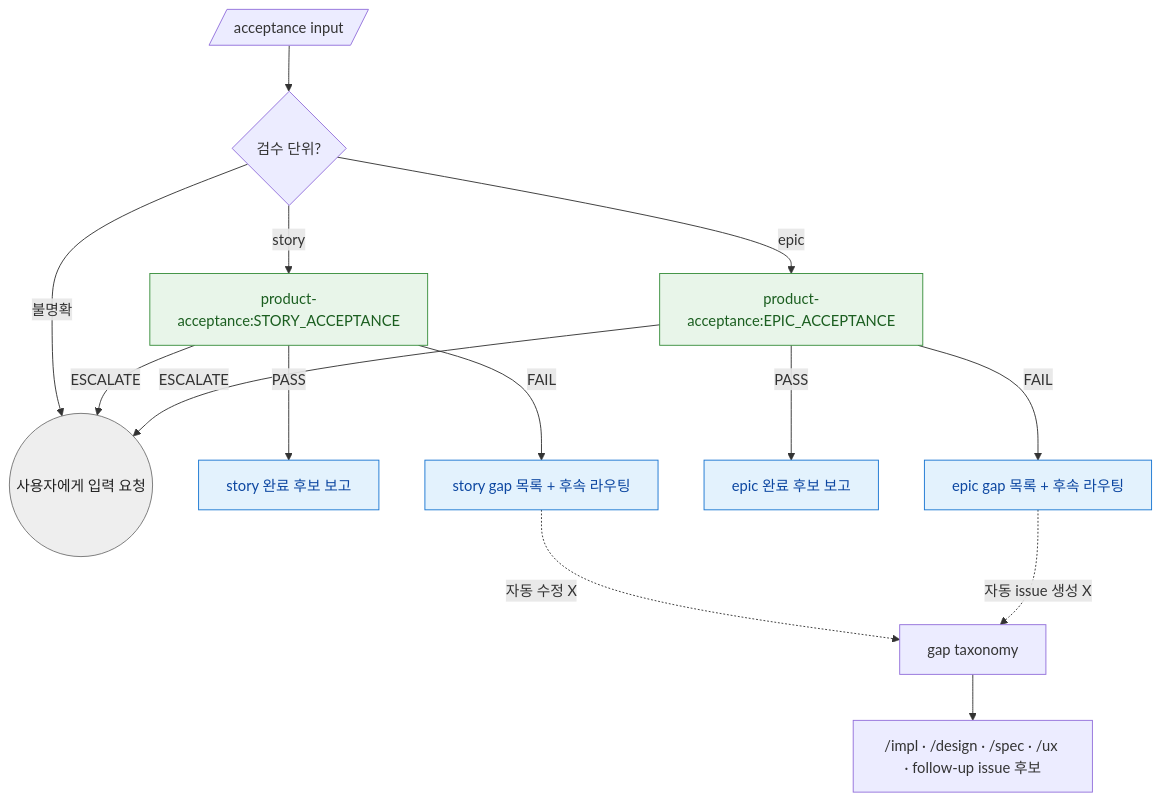
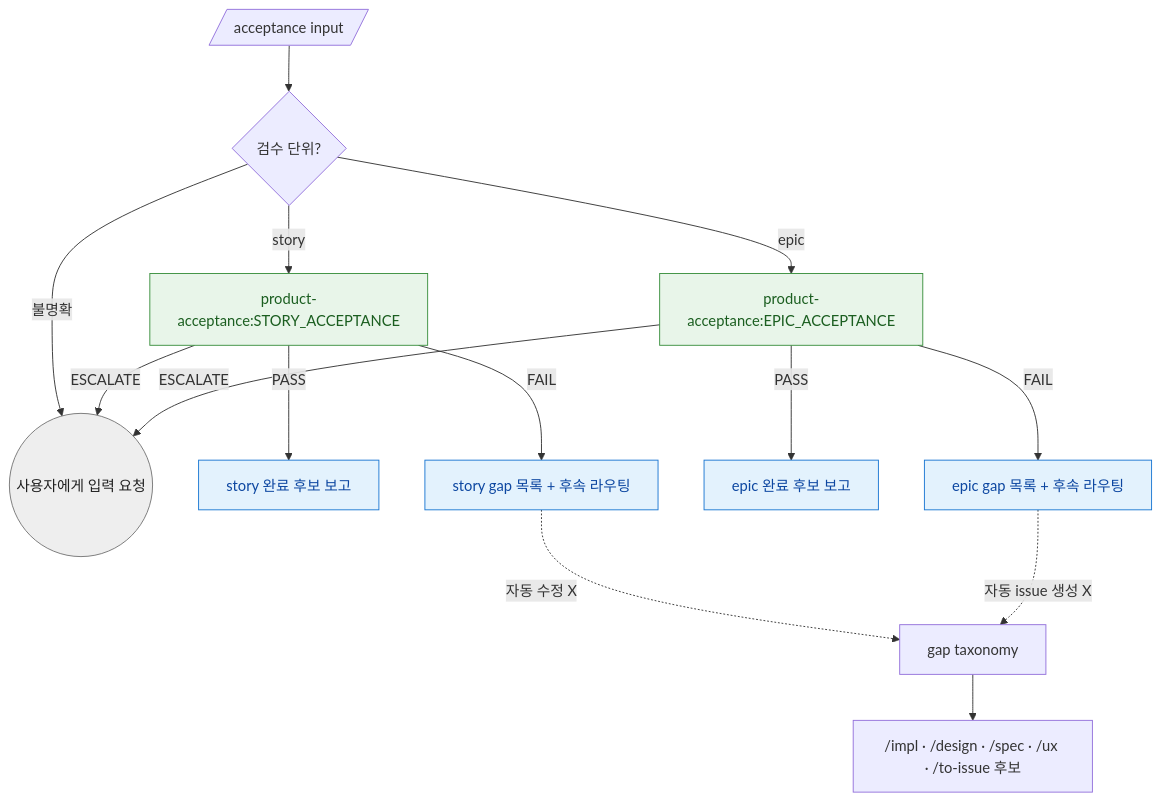
Before and after one commit to alruminum/dcNess: the diagram in skills/acceptance/acceptance-routing.md, drawn with Mermaid. The commit also changed other lines of this file and 45 other files, not shown here.

````diff
--- a/skills/acceptance/acceptance-routing.md
+++ b/skills/acceptance/acceptance-routing.md
@@ -8,26 +8,26 @@
 ```mermaid
 flowchart TB
   IN[/acceptance input/] --> UNIT{검수 단위?}
   UNIT -->|story| SA[product-acceptance:STORY_ACCEPTANCE]
   UNIT -->|epic| EA[product-acceptance:EPIC_ACCEPTANCE]
   UNIT -->|불명확| U((사용자에게 입력 요청))
 
   SA -->|PASS| SP[story 완료 후보 보고]
   SA -->|FAIL| SG[story gap 목록 + 후속 라우팅]
   SA -->|ESCALATE| U
 
   EA -->|PASS| EP[epic 완료 후보 보고]
   EA -->|FAIL| EG[epic gap 목록 + 후속 라우팅]
   EA -->|ESCALATE| U
 
   SG -.->|자동 수정 X| TAX[gap taxonomy]
   EG -.->|자동 issue 생성 X| TAX
-  TAX --> NEXT1["/impl · /design · /spec · /ux · follow-up issue 후보"]
+  TAX --> NEXT1["/impl · /design · /spec · /ux · /to-issue 후보"]
 
   classDef verify fill:#e8f5e9,stroke:#388e3c,color:#1b5e20
   classDef report fill:#e3f2fd,stroke:#1976d2,color:#0d47a1
   classDef user fill:#eeeeee,stroke:#757575,color:#212121
   class SA,EA verify
   class SP,SG,EP,EG report
   class U user
 ```
````
